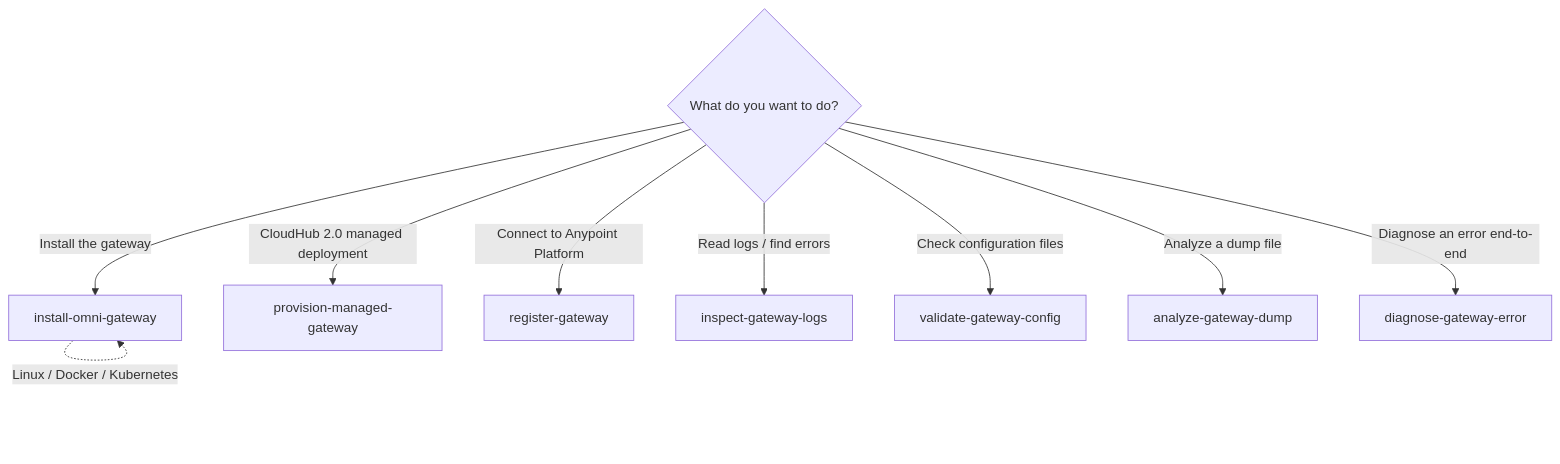
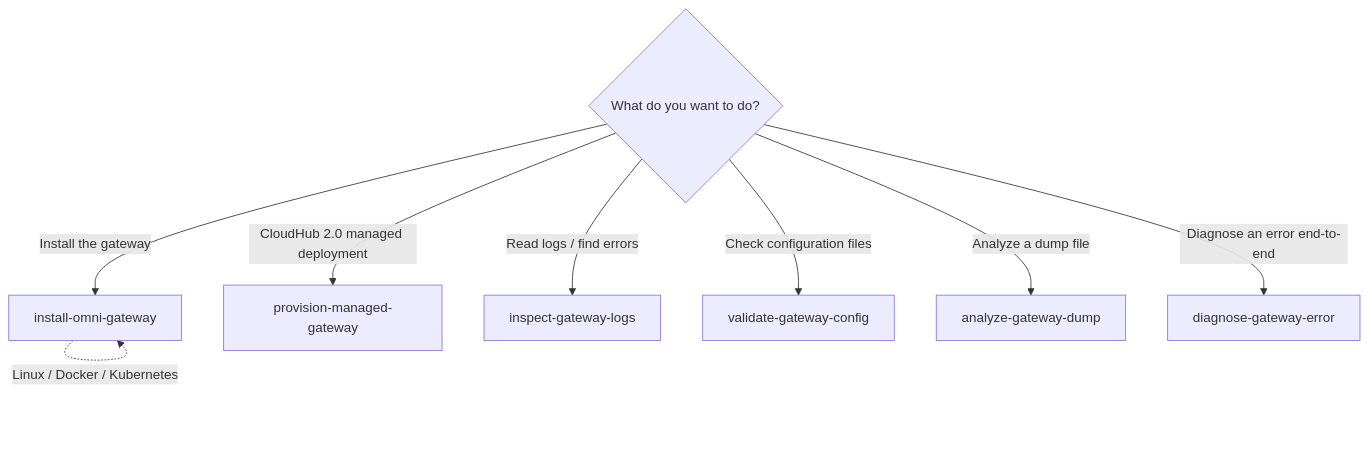
The diagram in skills/omni-gateway/SKILL.md (adcarabajal/mulesoft-dx), drawn with Mermaid before and after one commit. The commit also changed other lines of this file and 6 other files, not shown here.

First line of the commit message:
feat(omni-gateway): merge register-gateway into install-omni-gateway

````diff
--- a/skills/omni-gateway/SKILL.md
+++ b/skills/omni-gateway/SKILL.md
@@ -21,16 +21,14 @@
 ```mermaid
 flowchart TD
     Start{What do you want to do?}
 
     Start -->|Install the gateway| I[install-omni-gateway]
     I -.->|Linux / Docker / Kubernetes| I
 
     Start -->|CloudHub 2.0 managed deployment| P[provision-managed-gateway]
 
-    Start -->|Connect to Anypoint Platform| R[register-gateway]
-
     Start -->|Read logs / find errors| OL[inspect-gateway-logs]
     Start -->|Check configuration files| OC[validate-gateway-config]
     Start -->|Analyze a dump file| OD[analyze-gateway-dump]
     Start -->|Diagnose an error end-to-end| OE[diagnose-gateway-error]
 ```
````
